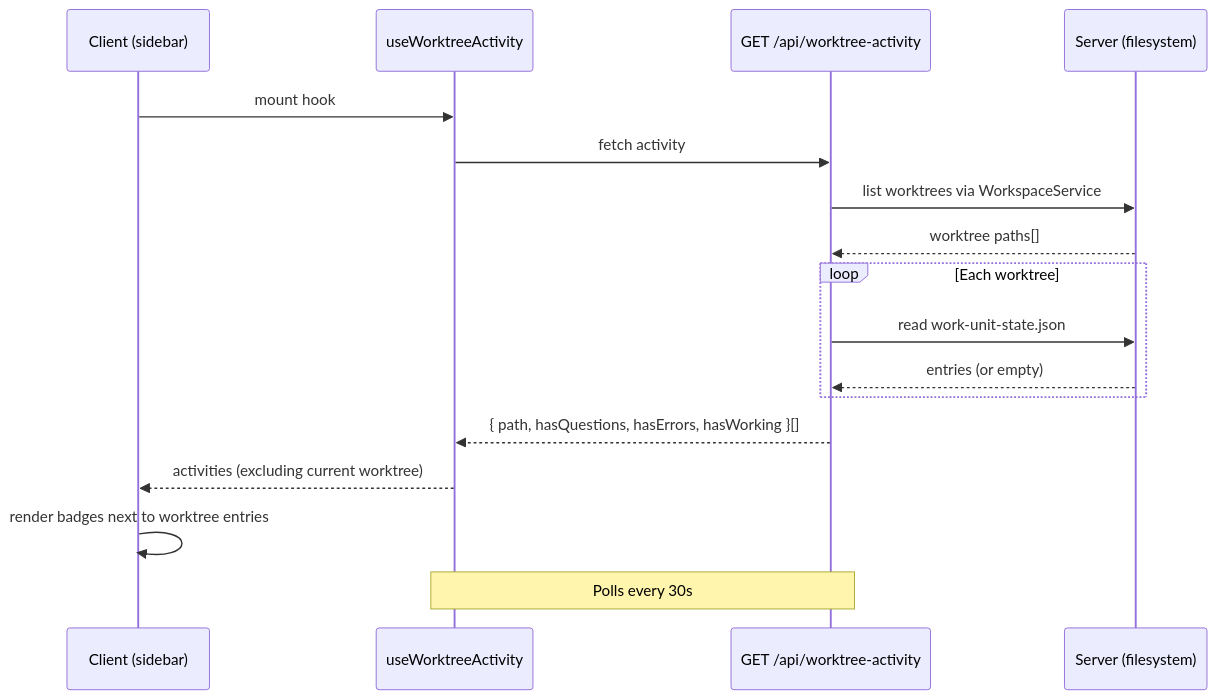
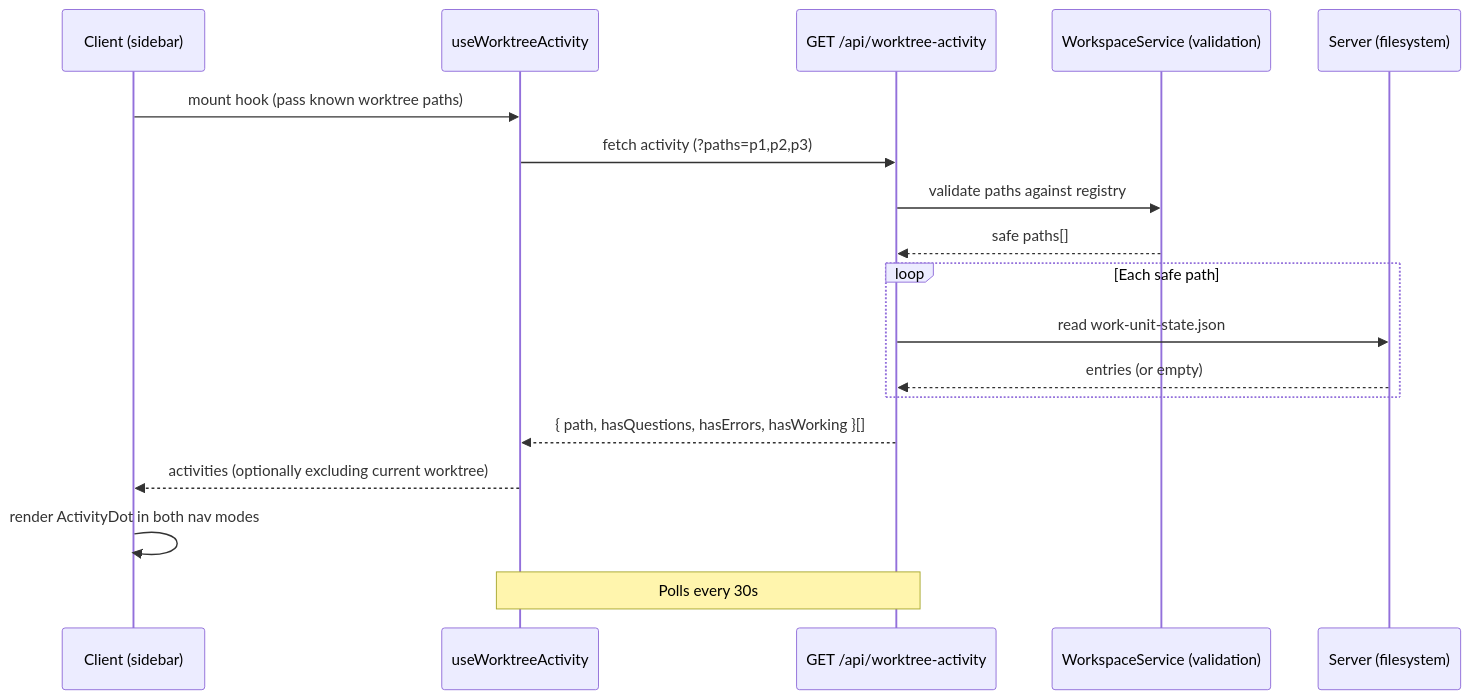
The third of 3 diagrams in docs/plans/059-fix-agents/tasks/phase-4-cross-worktree-left-menu/tasks.md (AI-Substrate/chainglass), drawn with Mermaid before and after one commit. The commit also changed other lines of this file and 1 other file, not shown here.

````diff
--- a/docs/plans/059-fix-agents/tasks/phase-4-cross-worktree-left-menu/tasks.md
+++ b/docs/plans/059-fix-agents/tasks/phase-4-cross-worktree-left-menu/tasks.md
@@ -169,21 +180,22 @@
 ```mermaid
 sequenceDiagram
     participant C as Client (sidebar)
     participant H as useWorktreeActivity
     participant A as GET /api/worktree-activity
+    participant V as WorkspaceService (validation)
     participant S as Server (filesystem)
 
-    C->>H: mount hook
-    H->>A: fetch activity
-    A->>S: list worktrees via WorkspaceService
-    S-->>A: worktree paths[]
-    loop Each worktree
+    C->>H: mount hook (pass known worktree paths)
+    H->>A: fetch activity (?paths=p1,p2,p3)
+    A->>V: validate paths against registry
+    V-->>A: safe paths[]
+    loop Each safe path
         A->>S: read work-unit-state.json
         S-->>A: entries (or empty)
     end
     A-->>H: { path, hasQuestions, hasErrors, hasWorking }[]
-    H-->>C: activities (excluding current worktree)
-    C->>C: render badges next to worktree entries
+    H-->>C: activities (optionally excluding current worktree)
+    C->>C: render ActivityDot in both nav modes
 
     Note over H,A: Polls every 30s
 ```
````
